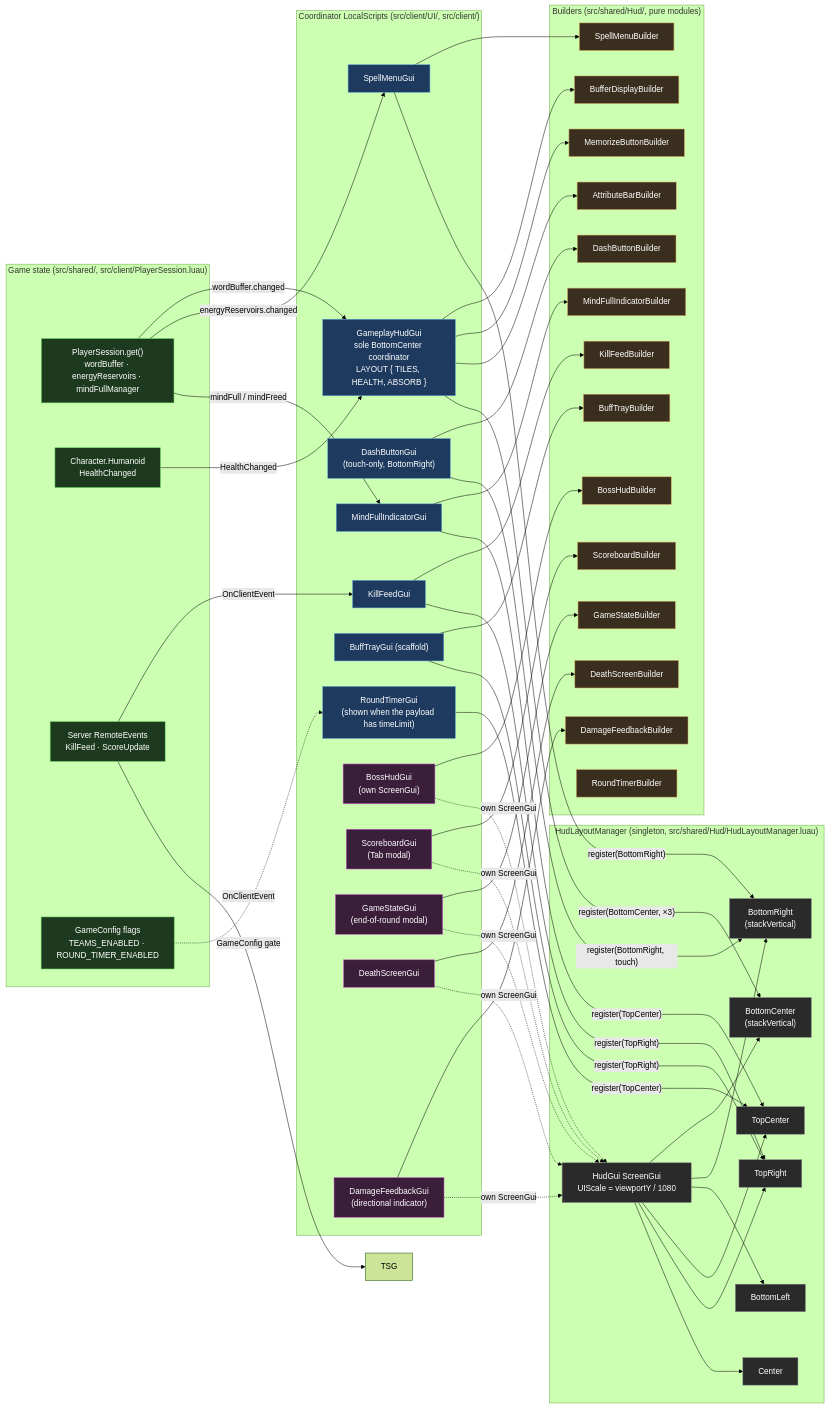
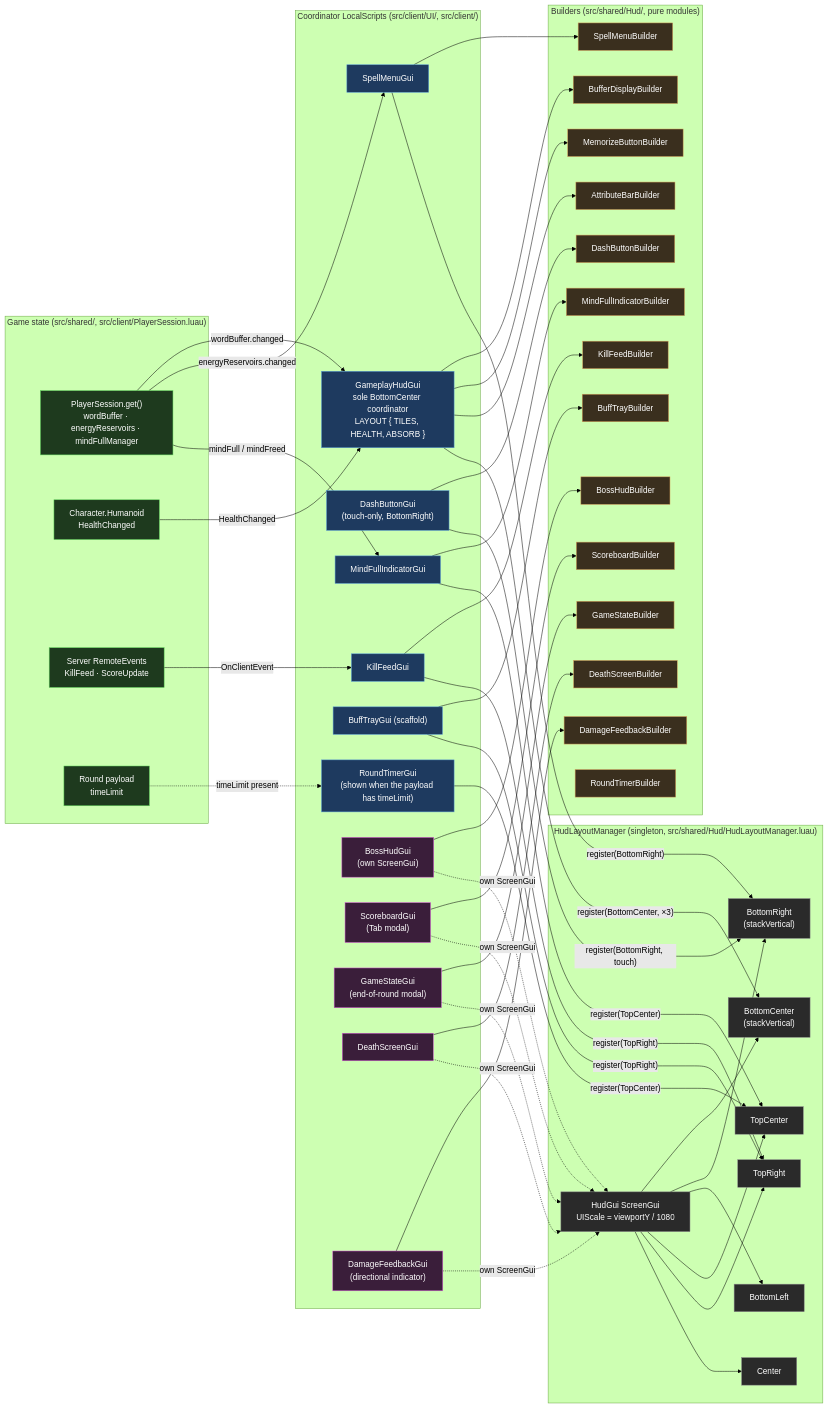
One commit to Lukizanda/brain-fighter changed the diagram in wiki/systems/HUD.md. Above: the diagram before and after it, drawn with Mermaid (forest theme). The commit also changed other lines of this file and 35 other files, not shown here.

````diff
--- a/wiki/systems/HUD.md
+++ b/wiki/systems/HUD.md
@@ -24,7 +24,7 @@
     PS["PlayerSession.get()<br/>wordBuffer · energyReservoirs · mindFullManager"]:::state
     HUM["Character.Humanoid<br/>HealthChanged"]:::state
     REM["Server RemoteEvents<br/>KillFeed · ScoreUpdate"]:::state
-    CFG["GameConfig flags<br/>TEAMS_ENABLED · ROUND_TIMER_ENABLED"]:::state
+    RND["Round payload<br/>timeLimit"]:::state
   end
 
   subgraph LM["HudLayoutManager (singleton, src/shared/Hud/HudLayoutManager.luau)"]
@@ -104,6 +104,6 @@
   PS -- "energyReservoirs.changed" --> SMG
   PS -- "mindFull / mindFreed" --> MFI
   HUM -- "HealthChanged" --> GHUD
-  REM -- "OnClientEvent" --> KFG & TSG
-  CFG -. "GameConfig gate" .-> RTG
+  REM -- "OnClientEvent" --> KFG
+  RND -. "timeLimit present" .-> RTG
 ```
````
